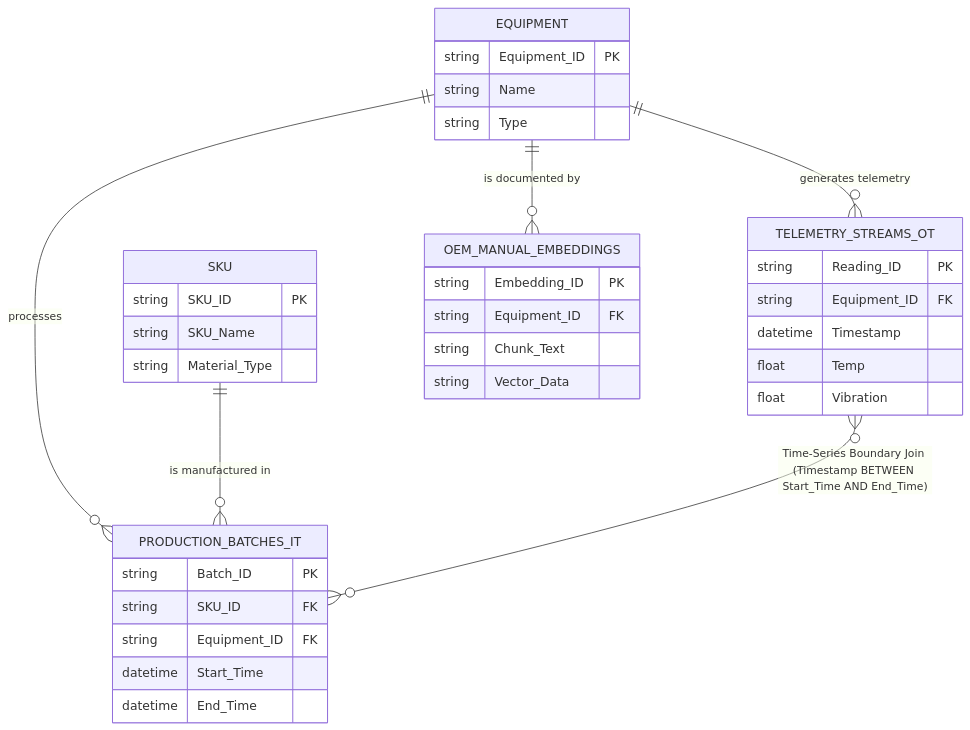
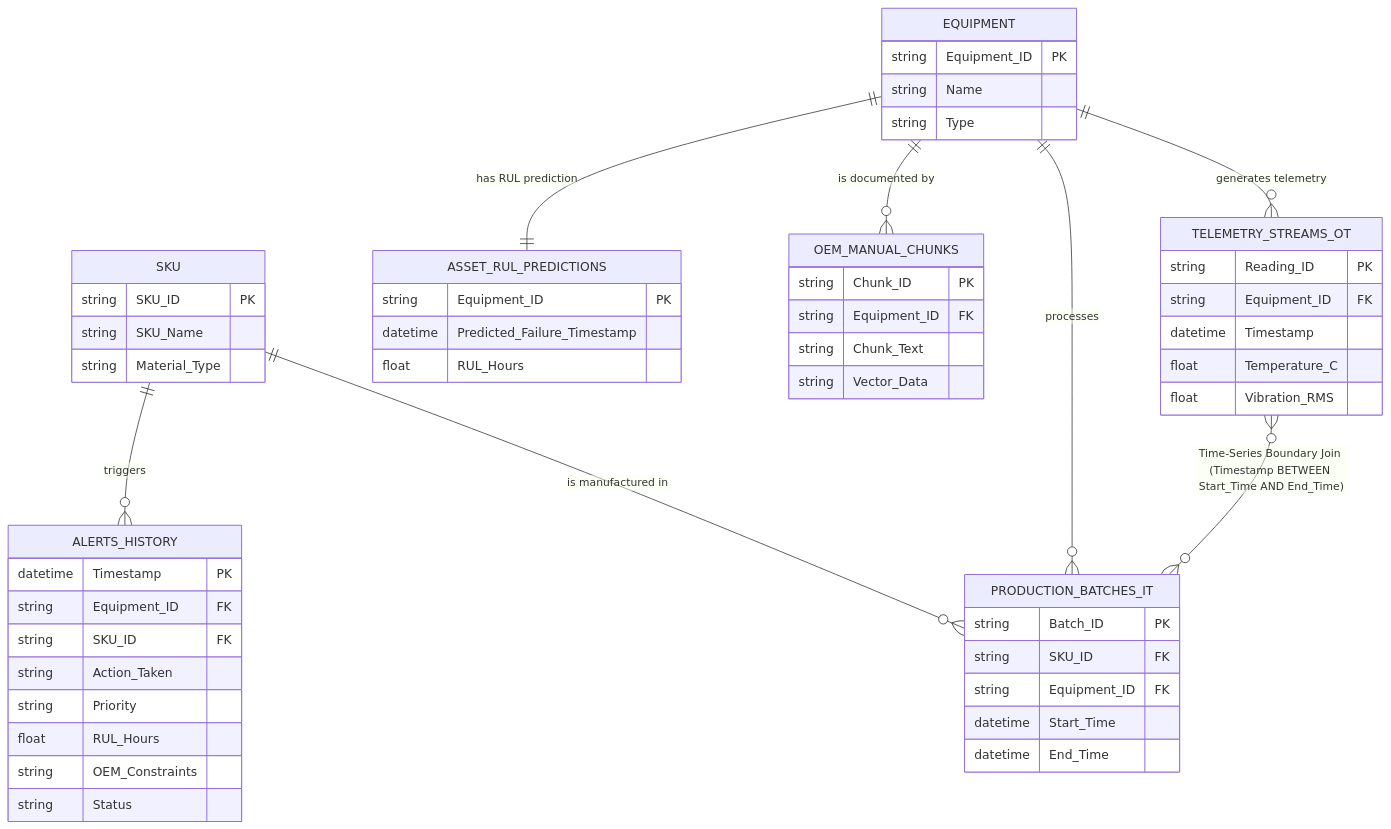
One commit to nikhilpy/SKU-Specific-OEE-Degradation-Tracker changed the third of 4 diagrams in README.md. Above: the diagram before and after it, drawn with Mermaid. The commit also changed other lines of this file and 17 other files, not shown here.

````diff
--- a/README.md
+++ b/README.md
@@ -149,45 +155,64 @@
 ```mermaid
 erDiagram
     EQUIPMENT {
         string Equipment_ID PK
         string Name
         string Type
     }
 
     SKU {
         string SKU_ID PK
         string SKU_Name
         string Material_Type
     }
 
     TELEMETRY_STREAMS_OT {
         string Reading_ID PK
         string Equipment_ID FK
         datetime Timestamp
-        float Temp
-        float Vibration
+        float Temperature_C
+        float Vibration_RMS
     }
 
     PRODUCTION_BATCHES_IT {
         string Batch_ID PK
         string SKU_ID FK
         string Equipment_ID FK
         datetime Start_Time
         datetime End_Time
     }
 
-    OEM_MANUAL_EMBEDDINGS {
-        string Embedding_ID PK
+    OEM_MANUAL_CHUNKS {
+        string Chunk_ID PK
         string Equipment_ID FK
         string Chunk_Text
         string Vector_Data
     }
 
+    ASSET_RUL_PREDICTIONS {
+        string Equipment_ID PK
+        datetime Predicted_Failure_Timestamp
+        float RUL_Hours
+    }
+
+    ALERTS_HISTORY {
+        datetime Timestamp PK
+        string Equipment_ID FK
+        string SKU_ID FK
+        string Action_Taken
+        string Priority
+        float RUL_Hours
+        string OEM_Constraints
+        string Status
+    }
+
     EQUIPMENT ||--o{ TELEMETRY_STREAMS_OT : "generates telemetry"
     EQUIPMENT ||--o{ PRODUCTION_BATCHES_IT : "processes"
-    EQUIPMENT ||--o{ OEM_MANUAL_EMBEDDINGS : "is documented by"
+    EQUIPMENT ||--o{ OEM_MANUAL_CHUNKS : "is documented by"
+    EQUIPMENT ||--|| ASSET_RUL_PREDICTIONS : "has RUL prediction"
     SKU ||--o{ PRODUCTION_BATCHES_IT : "is manufactured in"
+    SKU ||--o{ ALERTS_HISTORY : "triggers"
 
     %% IT/OT Convergence Logical Join (Snowflake Dynamic Tables)
     TELEMETRY_STREAMS_OT }o--o{ PRODUCTION_BATCHES_IT : "Time-Series Boundary Join (Timestamp BETWEEN Start_Time AND End_Time)"
 ```
````
